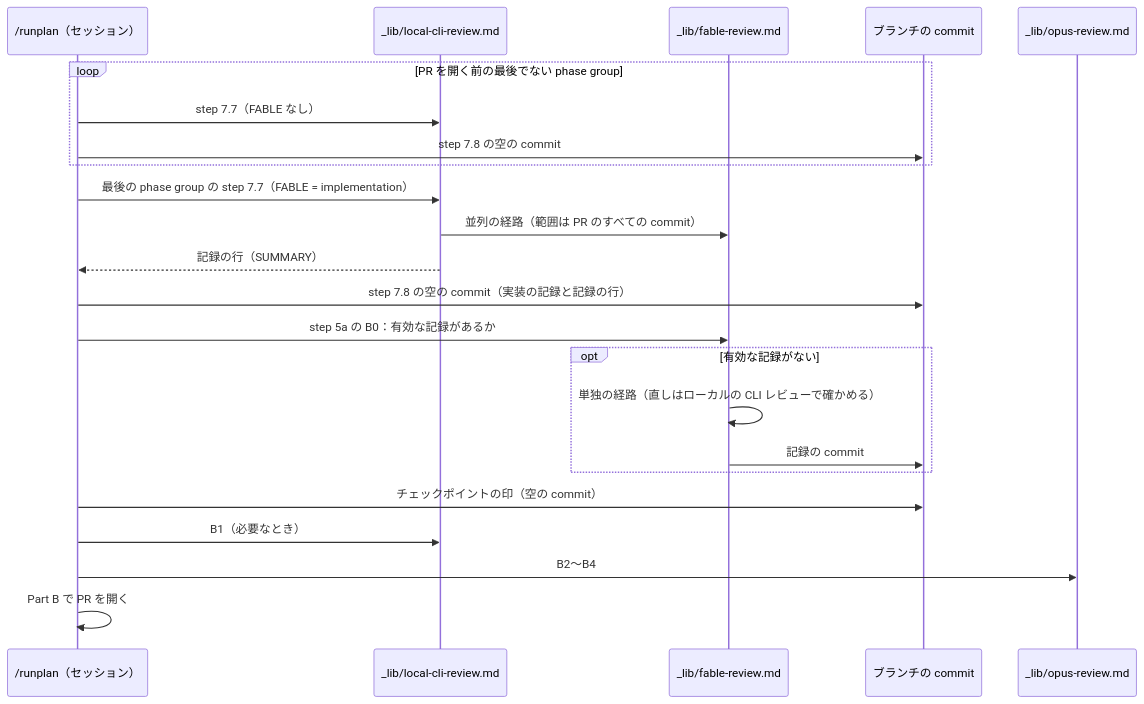
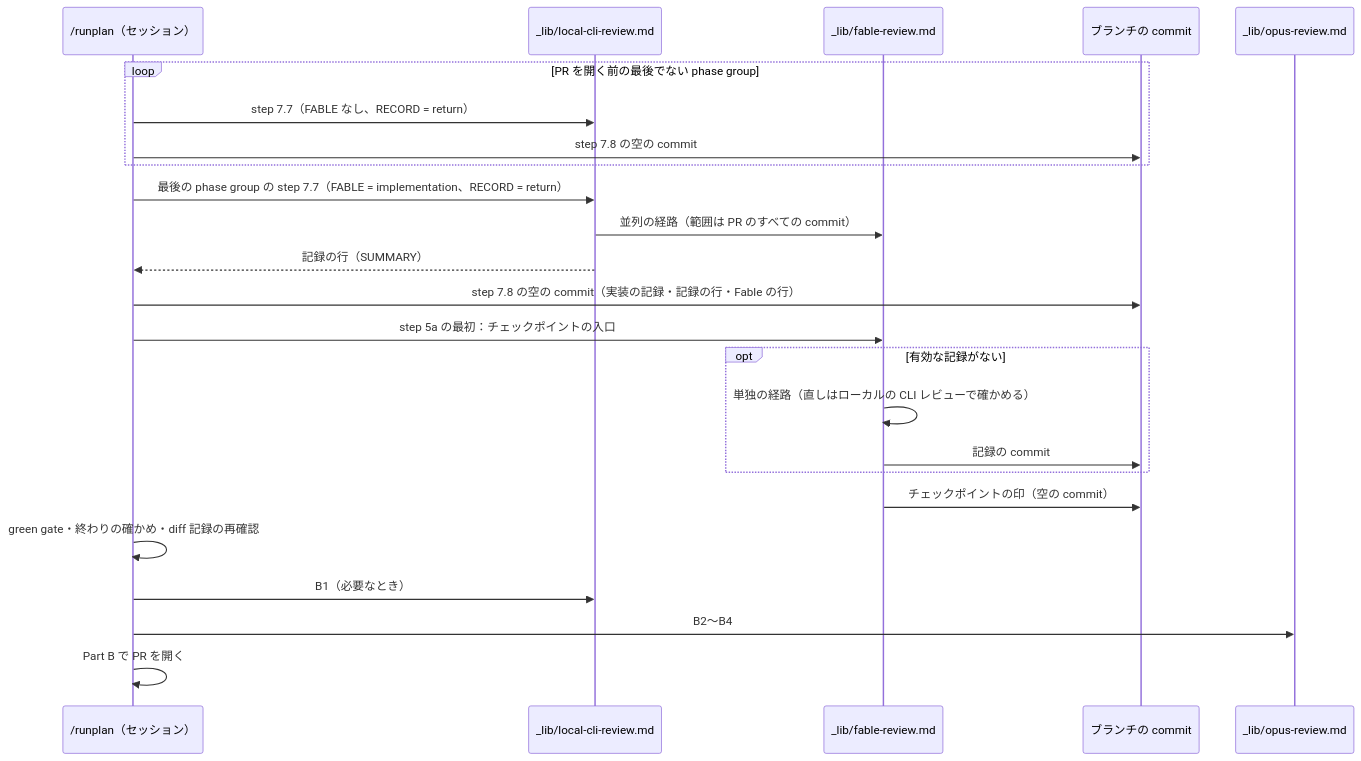
The fourth of 7 diagrams in docs/tasks/0098_fable_partial_review/02_architecture.md (isseis/yt2column), drawn with Mermaid before and after one commit. The commit also changed other lines of this file and 4 other files, not shown here.

First line of the commit message:
docs(0098): apply the review fixes to the architecture

````diff
--- a/docs/tasks/0098_fable_partial_review/02_architecture.md
+++ b/docs/tasks/0098_fable_partial_review/02_architecture.md
@@ -232,26 +257,27 @@
 ```mermaid
 sequenceDiagram
     participant R as /runplan（セッション）
     participant L as _lib/local-cli-review.md
     participant F as _lib/fable-review.md
     participant G as ブランチの commit
     participant O as _lib/opus-review.md
 
     loop PR を開く前の最後でない phase group
-        R->>L: step 7.7（FABLE なし）
+        R->>L: step 7.7（FABLE なし、RECORD = return）
         R->>G: step 7.8 の空の commit
     end
-    R->>L: 最後の phase group の step 7.7（FABLE = implementation）
+    R->>L: 最後の phase group の step 7.7（FABLE = implementation、RECORD = return）
     L->>F: 並列の経路（範囲は PR のすべての commit）
     L-->>R: 記録の行（SUMMARY）
-    R->>G: step 7.8 の空の commit（実装の記録と記録の行）
-    R->>F: step 5a の B0：有効な記録があるか
+    R->>G: step 7.8 の空の commit（実装の記録・記録の行・Fable の行）
+    R->>F: step 5a の最初：チェックポイントの入口
     opt 有効な記録がない
         F->>F: 単独の経路（直しはローカルの CLI レビューで確かめる）
         F->>G: 記録の commit
     end
-    R->>G: チェックポイントの印（空の commit）
+    F->>G: チェックポイントの印（空の commit）
+    R->>R: green gate・終わりの確かめ・diff 記録の再確認
     R->>L: B1（必要なとき）
     R->>O: B2〜B4
     R->>R: Part B で PR を開く
 ```
````
